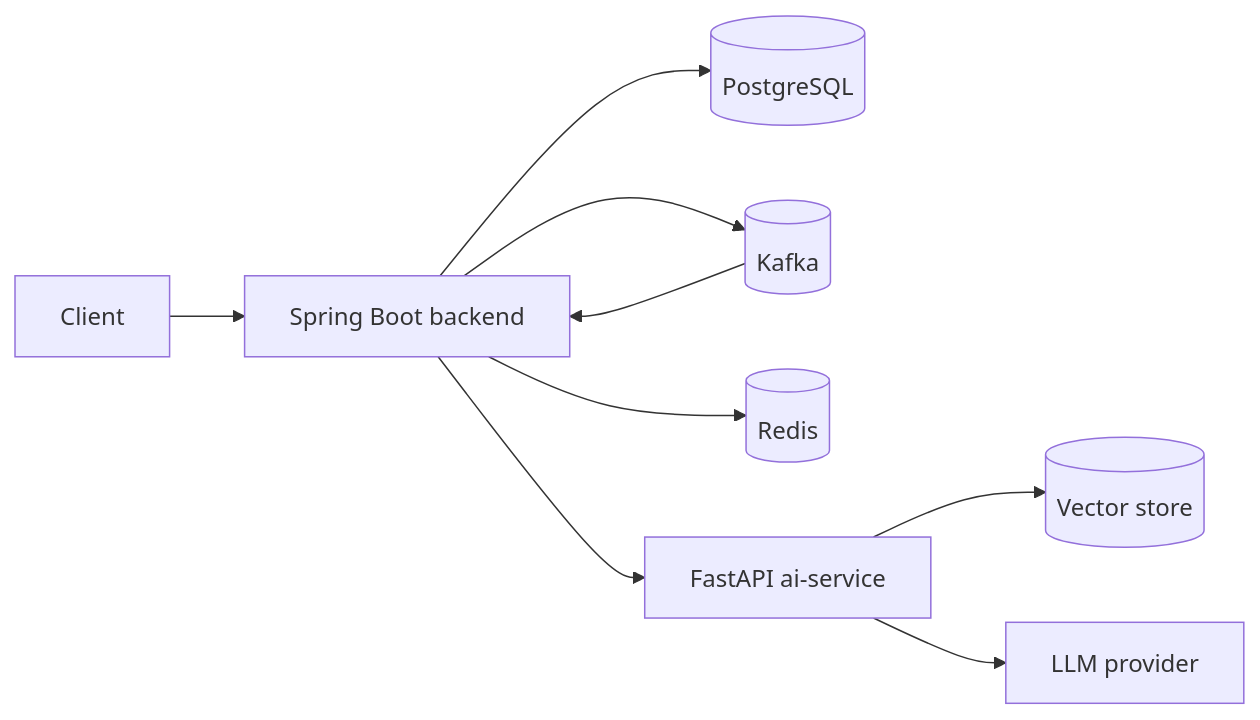
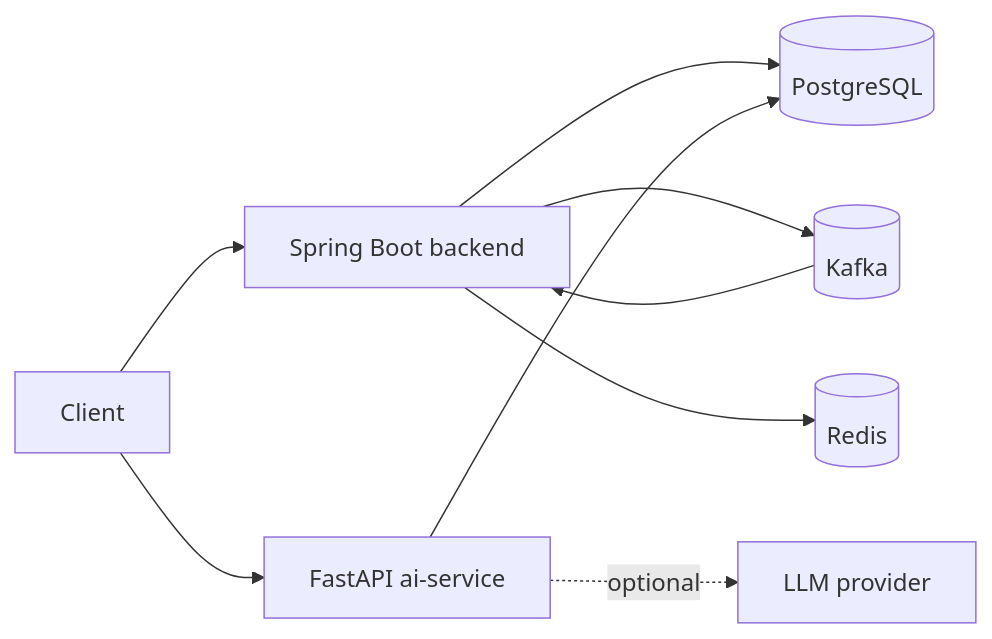
The diagram in docs/architecture.md (Suniljadaun/MultiThreadedCrawler), drawn with Mermaid before and after one commit. The commit also changed other lines of this file and 7 other files, not shown here.

````diff
--- a/docs/architecture.md
+++ b/docs/architecture.md
@@ -14,11 +15,11 @@
 ```mermaid
 flowchart LR
     Client --> Backend[Spring Boot backend]
     Backend --> Postgres[(PostgreSQL)]
     Backend --> Kafka[(Kafka)]
     Kafka --> Backend
     Backend --> Redis[(Redis)]
-    Backend --> AI[FastAPI ai-service]
-    AI --> VectorDB[(Vector store)]
-    AI --> LLM[LLM provider]
+    Client --> AI[FastAPI ai-service]
+    AI --> Postgres
+    AI -.optional.-> LLM[LLM provider]
 ```
````
